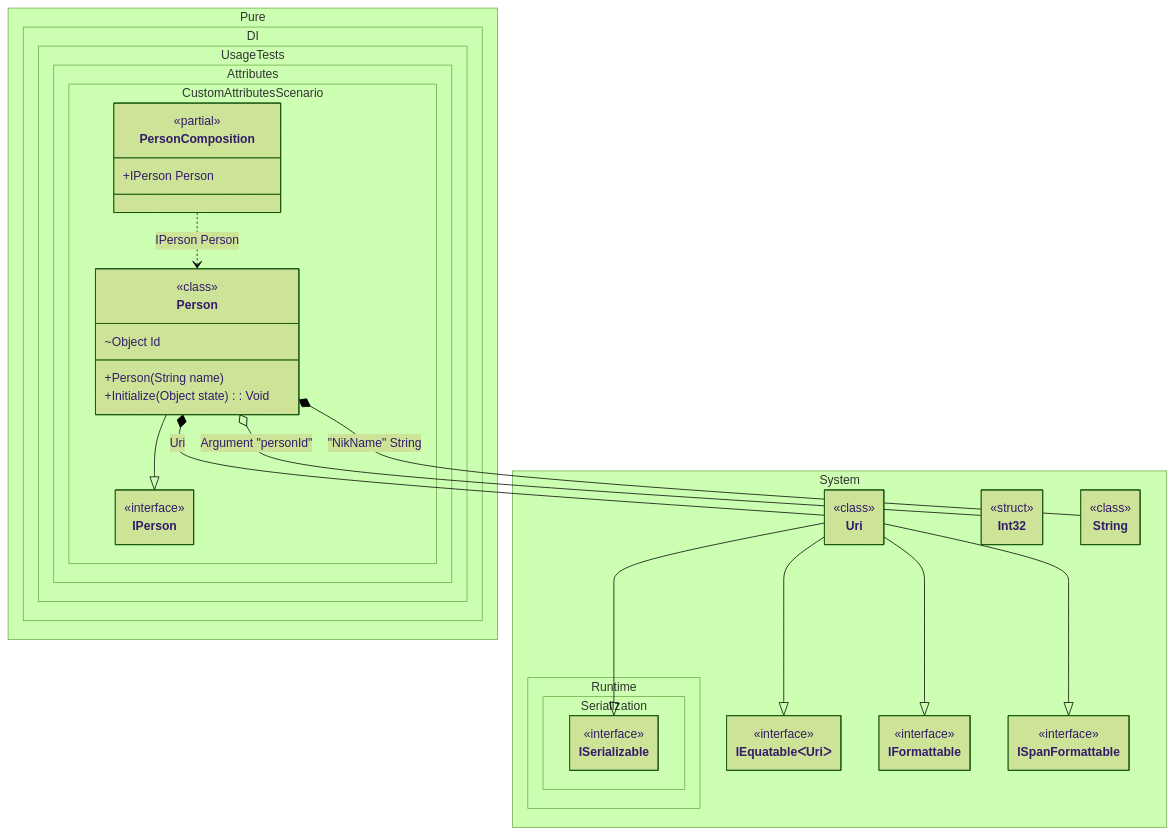
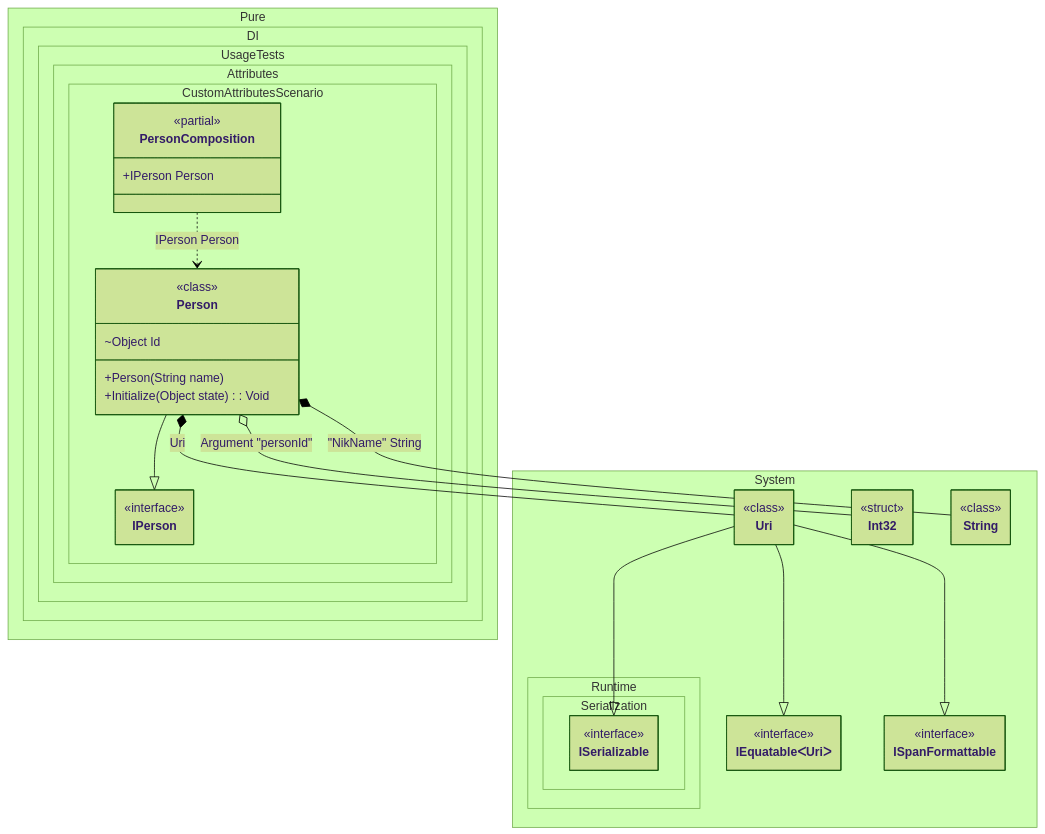
Before and after one commit to DevTeam/Pure.DI: the diagram in readme/custom-attributes.md, drawn with Mermaid (forest theme). The commit also changed 389 other files, not shown here.

````diff
--- a/readme/custom-attributes.md
+++ b/readme/custom-attributes.md
@@ -142,57 +142,53 @@
 ```mermaid
 ---
  config:
   class:
    hideEmptyMembersBox: true
 ---
 classDiagram
 	Uri --|> IEquatableᐸUriᐳ
-	Uri --|> IFormattable
 	Uri --|> ISpanFormattable
 	Uri --|> ISerializable
 	Person --|> IPerson
 	PersonComposition ..> Person : IPerson Person
 	Person o-- Int32 : Argument "personId"
 	Person *-- Uri : Uri
 	Person *-- String : "NikName" String
 	namespace Pure.DI.UsageTests.Attributes.CustomAttributesScenario {
 		class IPerson {
 			<<interface>>
 		}
 		class Person {
 				<<class>>
 			+Person(String name)
 			~Object Id
 			+Initialize(Object state) : Void
 		}
 		class PersonComposition {
 		<<partial>>
 		+IPerson Person
 		}
 	}
 	namespace System {
 		class IEquatableᐸUriᐳ {
 			<<interface>>
 		}
-		class IFormattable {
-			<<interface>>
-		}
 		class Int32 {
 				<<struct>>
 		}
 		class ISpanFormattable {
 			<<interface>>
 		}
 		class String {
 				<<class>>
 		}
 		class Uri {
 				<<class>>
 		}
 	}
 	namespace System.Runtime.Serialization {
 		class ISerializable {
 			<<interface>>
 		}
 	}
 ```
````
